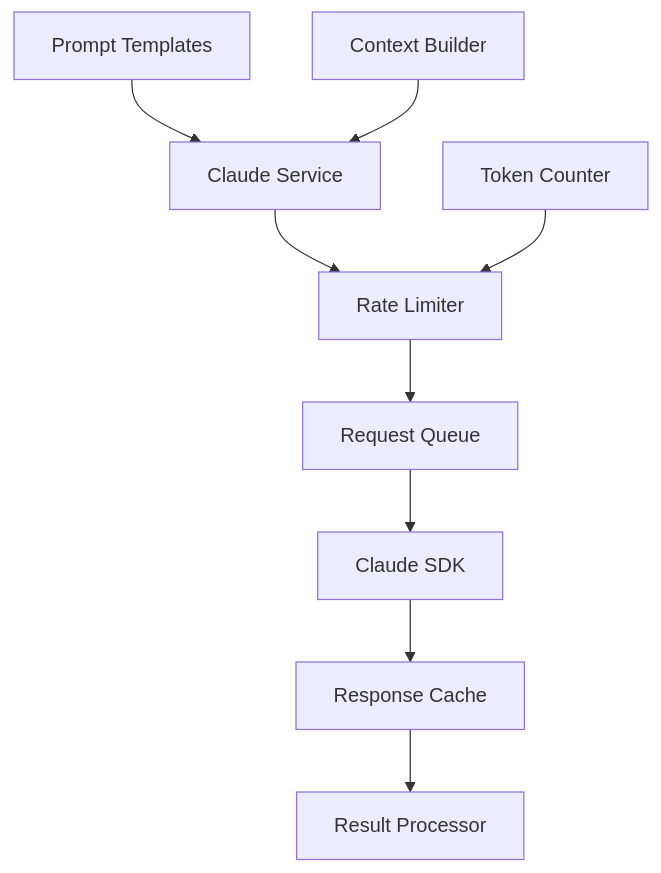
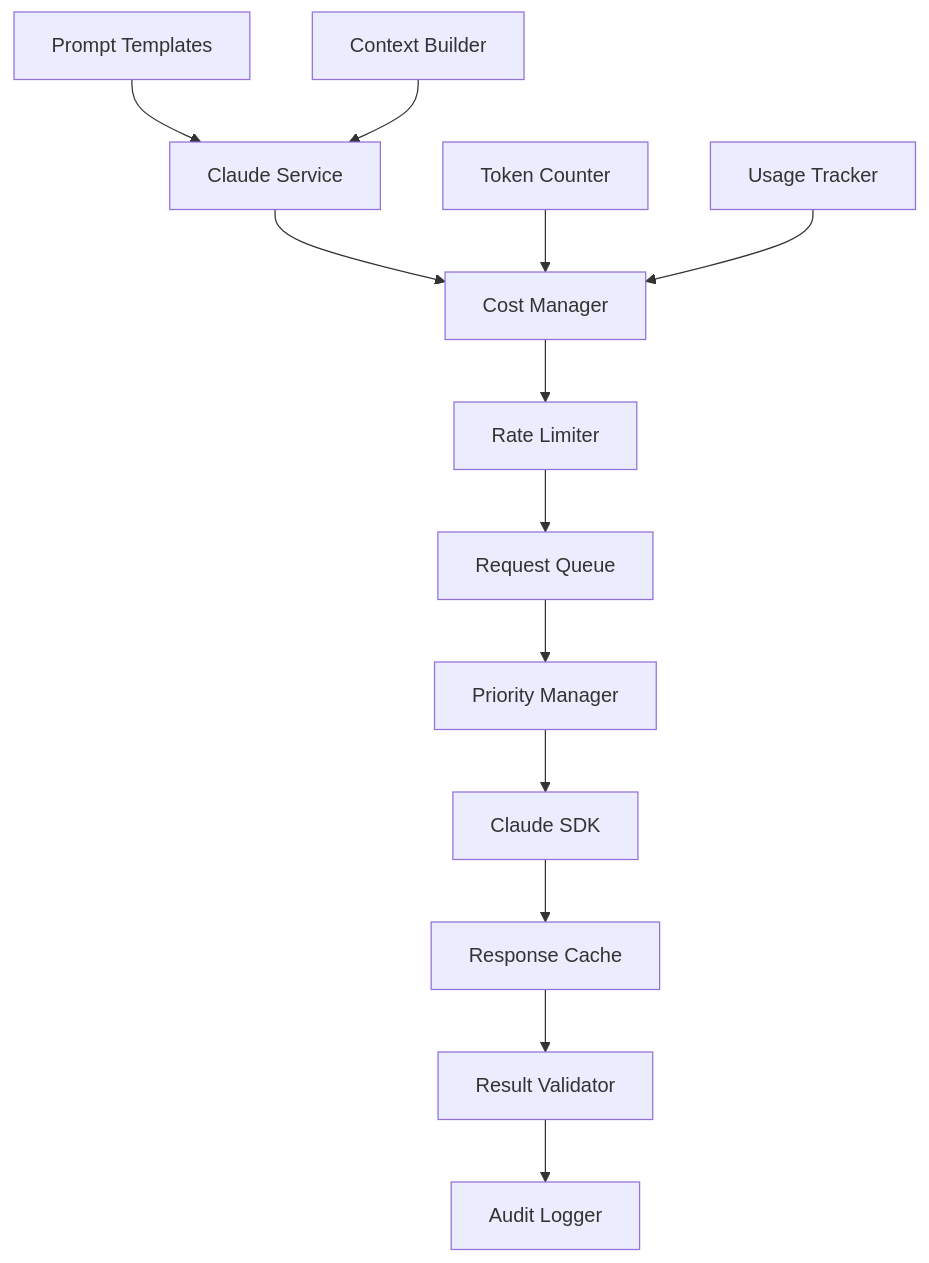
The third of 4 diagrams in docs/02-system-components.md (prodigy-sln/flowforge), drawn with Mermaid before and after one commit. The commit also changed other lines of this file and 5 other files, not shown here.

Commit message:
Implement comprehensive architecture improvements based on peer review feedback

````diff
--- a/docs/02-system-components.md
+++ b/docs/02-system-components.md
@@ -236,12 +386,16 @@
 ```mermaid
 graph TD
-    A[Claude Service] --> B[Rate Limiter]
-    B --> C[Request Queue]
-    C --> D[Claude SDK]
-    D --> E[Response Cache]
-    E --> F[Result Processor]
+    A[Claude Service] --> B[Cost Manager]
+    B --> C[Rate Limiter]
+    C --> D[Request Queue]
+    D --> E[Priority Manager]
+    E --> F[Claude SDK]
+    F --> G[Response Cache]
+    G --> H[Result Validator]
+    H --> I[Audit Logger]
     
-    G[Prompt Templates] --> A
-    H[Context Builder] --> A
-    I[Token Counter] --> B
+    J[Prompt Templates] --> A
+    K[Context Builder] --> A
+    L[Token Counter] --> B
+    M[Usage Tracker] --> B
 ```
````
